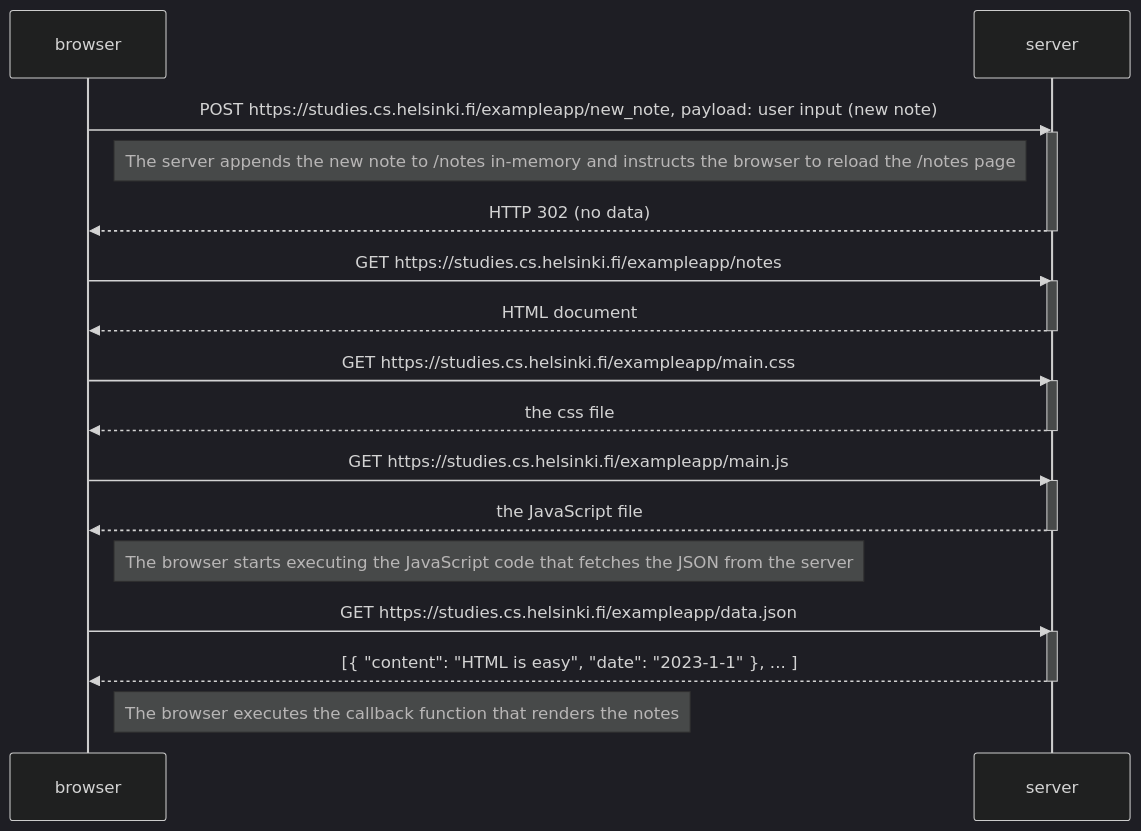
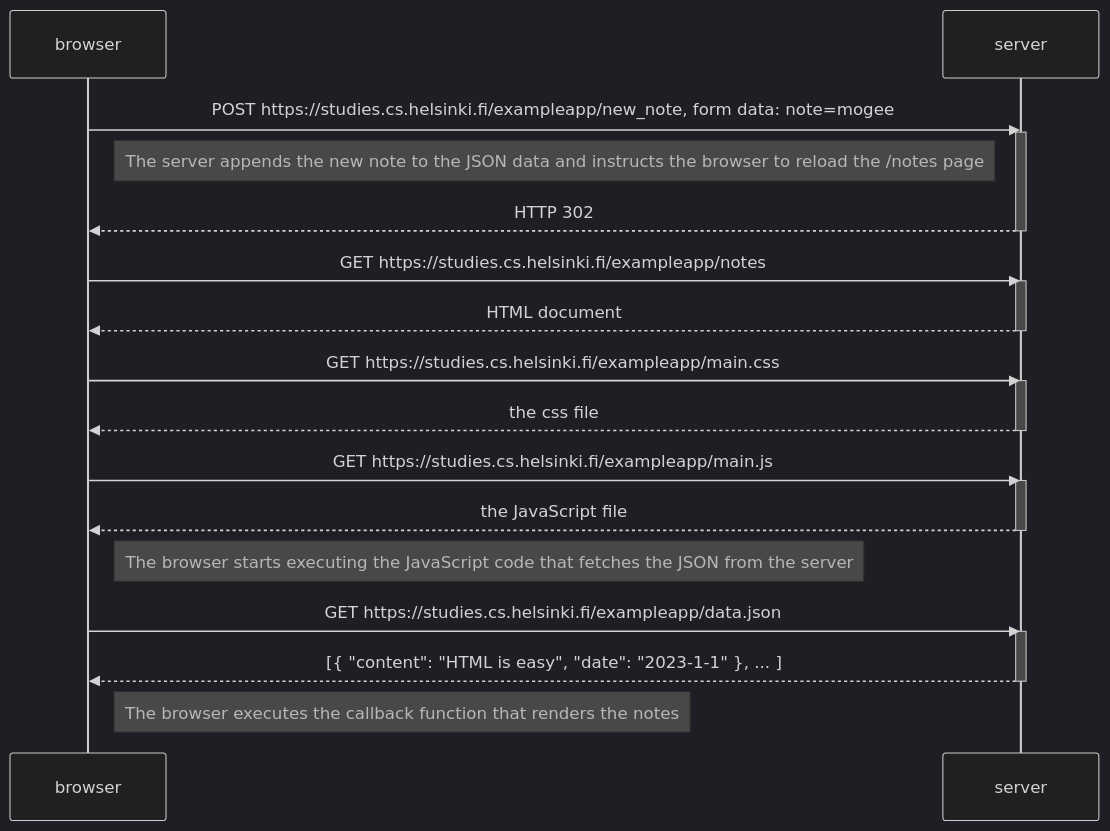
The diagram in Part 0/Exercise 4/sequence.md (soumyee29/fullstackopen), drawn with Mermaid (dark theme) before and after one commit.

Commit message:
Improve visualization and description in Part 0, exercise 4.

````diff
--- a/Part 0/Exercise 4/sequence.md
+++ b/Part 0/Exercise 4/sequence.md
@@ -1,35 +1,35 @@
 ```mermaid
 sequenceDiagram
     participant browser
     participant server
 
-    browser->>server: POST https://studies.cs.helsinki.fi/exampleapp/new_note, payload: user input (new note)
+    browser->>server: POST https://studies.cs.helsinki.fi/exampleapp/new_note, form data: note=mogee
     activate server
-    Note left of server: The server appends the new note to /notes in-memory and instructs the browser to reload the /notes page
-    server-->>browser: HTTP 302 (no data)
+    Note left of server: The server appends the new note to the JSON data and instructs the browser to reload the /notes page
+    server-->>browser: HTTP 302
     deactivate server
 
     browser->>server: GET https://studies.cs.helsinki.fi/exampleapp/notes
     activate server
     server-->>browser: HTML document
     deactivate server
 
     browser->>server: GET https://studies.cs.helsinki.fi/exampleapp/main.css
     activate server
     server-->>browser: the css file
     deactivate server
 
     browser->>server: GET https://studies.cs.helsinki.fi/exampleapp/main.js
     activate server
     server-->>browser: the JavaScript file
     deactivate server
 
     Note right of browser: The browser starts executing the JavaScript code that fetches the JSON from the server
 
     browser->>server: GET https://studies.cs.helsinki.fi/exampleapp/data.json
     activate server
     server-->>browser: [{ "content": "HTML is easy", "date": "2023-1-1" }, ... ]
     deactivate server
 
     Note right of browser: The browser executes the callback function that renders the notes
 ```
````
